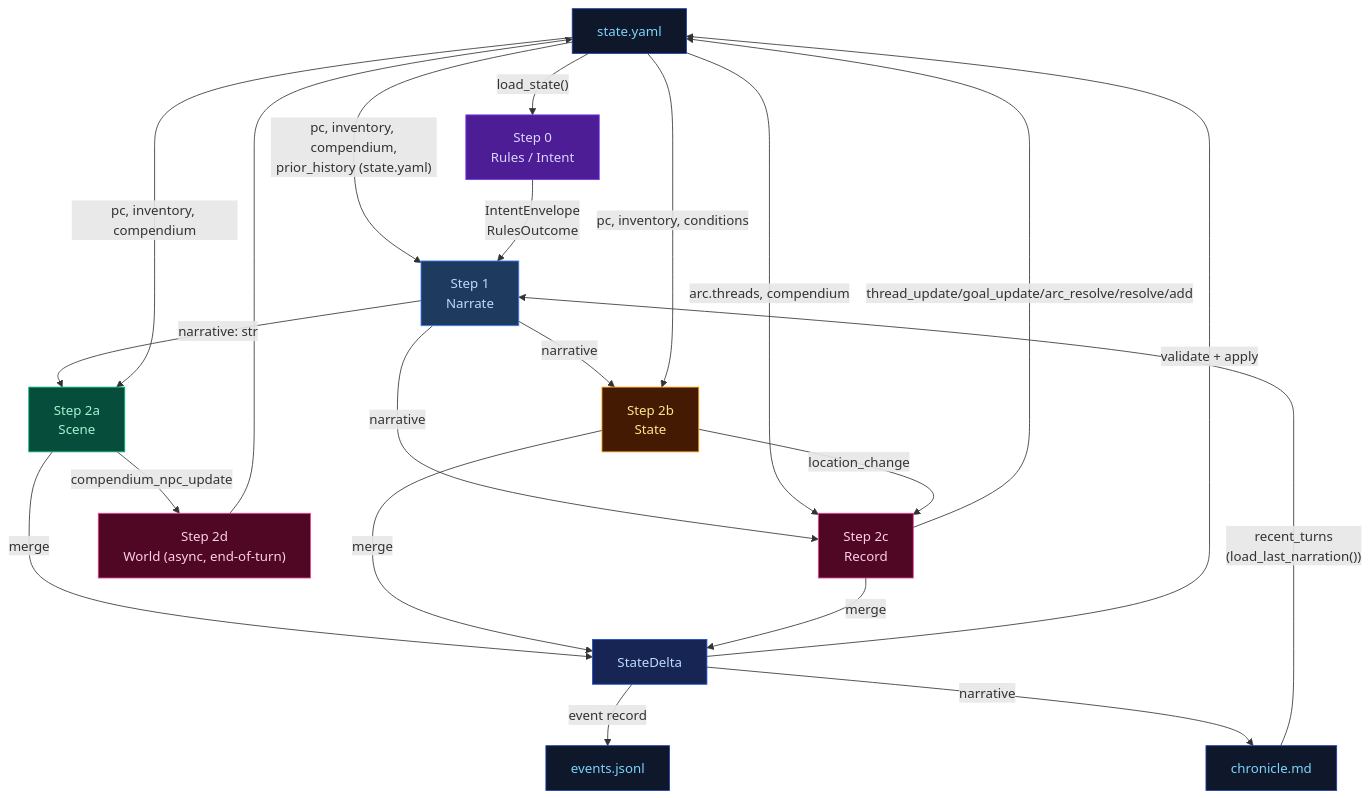
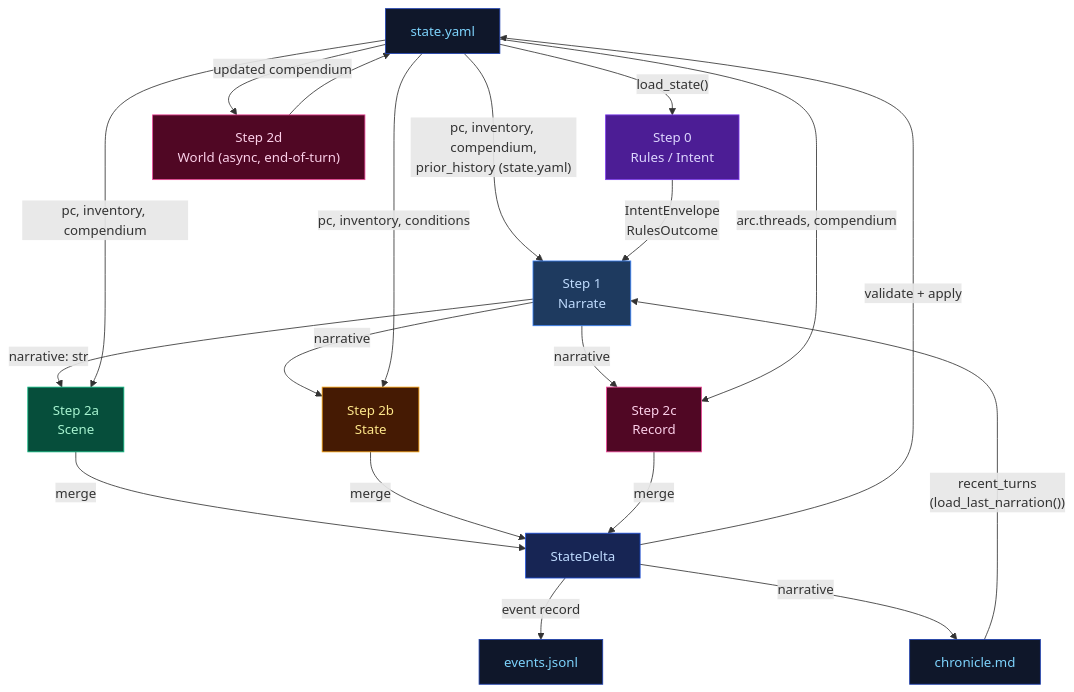
The diagram in docs/architecture/cross-pipeline.md (pww217/fablethread), drawn with Mermaid before and after one commit. The commit also changed 17 other files, not shown here.

First line of the commit message:
docs: verify and fix architecture docs against source code

````diff
--- a/docs/architecture/cross-pipeline.md
+++ b/docs/architecture/cross-pipeline.md
@@ -3,34 +3,32 @@
 ```mermaid
 flowchart TD
     classDef stageRules    fill:#4c1d95,color:#ddd6fe,stroke:#7c3aed
     classDef stageNarrate  fill:#1e3a5f,color:#bfdbfe,stroke:#3b82f6
     classDef stageScene    fill:#064e3b,color:#a7f3d0,stroke:#10b981
     classDef stageState    fill:#451a03,color:#fde68a,stroke:#f59e0b
     classDef stageProgress fill:#500724,color:#fbcfe8,stroke:#ec4899
     classDef storageNode   fill:#0f172a,color:#7dd3fc,stroke:#1e40af
     classDef mergeNode     fill:#172554,color:#bfdbfe,stroke:#1d4ed8
 
     STATE["state.yaml"]:::storageNode
     CHRONICLE["chronicle.md"]:::storageNode
     EVENTS["events.jsonl"]:::storageNode
 
     STATE -- "load_state()" --> STEP0["Step 0<br>Rules / Intent"]:::stageRules
     CHRONICLE -- "recent_turns<br>(load_last_narration())" --> STEP1["Step 1<br>Narrate"]:::stageNarrate
     STATE -- "pc, inventory, compendium,<br>prior_history (state.yaml)" --> STEP1
     STEP0 -- "IntentEnvelope<br>RulesOutcome" --> STEP1
     STEP1 -- "narrative: str" --> STEP2A["Step 2a<br>Scene"]:::stageScene
     STEP1 -- "narrative" --> STEP2B["Step 2b<br>State"]:::stageState
     STEP1 -- "narrative" --> STEP2C["Step 2c<br>Record"]:::stageProgress
     STEP2D["Step 2d<br>World (async, end-of-turn)"]:::stageProgress
     STATE -- "pc, inventory, compendium" --> STEP2A
     STATE -- "pc, inventory, conditions" --> STEP2B
     STATE -- "arc.threads, compendium" --> STEP2C
-    STEP2A -- "compendium_npc_update" --> STEP2D
-    STEP2B -- "location_change" --> STEP2C
     STEP2A & STEP2B & STEP2C -- "merge" --> DELTA["StateDelta"]:::mergeNode
     DELTA -- "validate + apply" --> STATE
     DELTA -- "event record" --> EVENTS
     DELTA -- "narrative" --> CHRONICLE
-    STEP2C -- "thread_update/goal_update/arc_resolve/resolve/add" --> STATE
+    STATE -- "updated compendium" --> STEP2D
     STEP2D --> STATE
 ```
````
